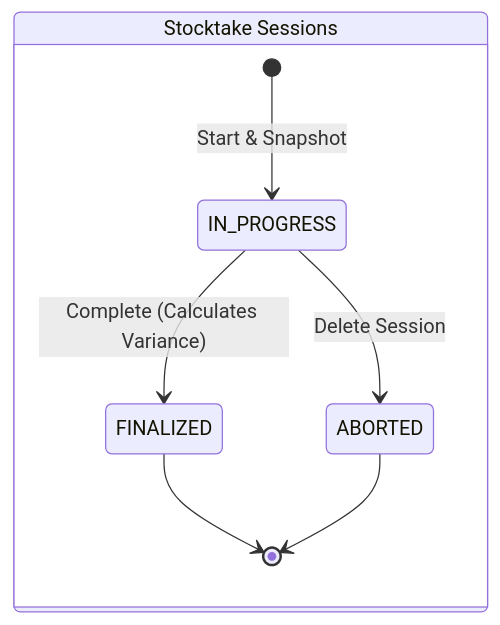
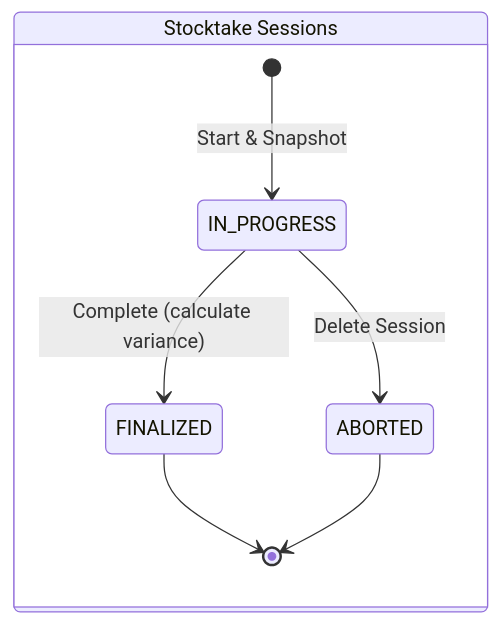
One commit to felineeee/fin-ledger-monorepo changed the fourth of 5 diagrams in README.md. Above: the diagram before and after it, drawn with Mermaid. The commit also changed other lines of this file, not shown here.

````diff
--- a/README.md
+++ b/README.md
@@ -167,14 +206,14 @@
 ```mermaid
 stateDiagram-v2
     direction LR
 
     state "Stocktake Sessions" as Stocktake {
         [*] --> IN_PROGRESS : Start & Snapshot
         
         IN_PROGRESS --> ABORTED : Delete Session
-        IN_PROGRESS --> FINALIZED : Complete (Calculates Variance)
+        IN_PROGRESS --> FINALIZED : Complete (calculate variance)
         
         FINALIZED --> [*]
         ABORTED --> [*]
     }
 ```
````
